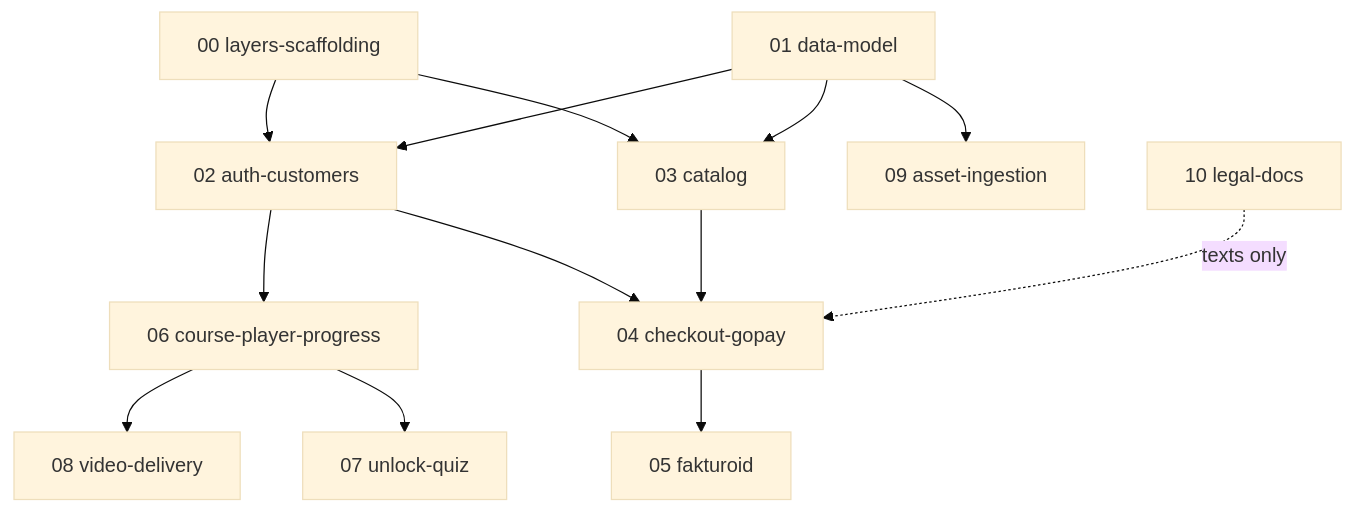
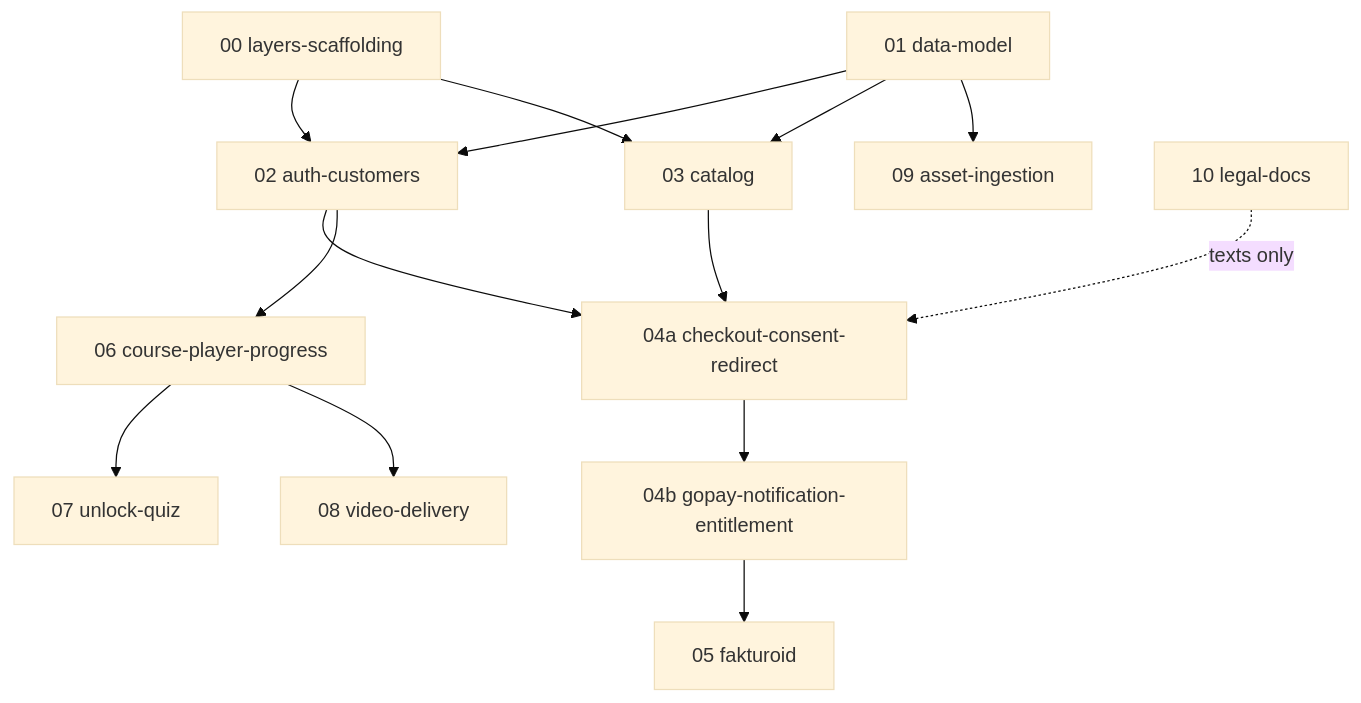
Before and after one commit to lttr/jedlik-nejedlik: the diagram in .aiwork/2026-06-09_kurzy-platforma/implementation-areas.md, drawn with Mermaid (base theme). The commit also changed other lines of this file, not shown here.

Commit message:
docs(kurzy): slim area 01, split checkout into 04a/04b, assign FP-11

````diff
--- a/.aiwork/2026-06-09_kurzy-platforma/implementation-areas.md
+++ b/.aiwork/2026-06-09_kurzy-platforma/implementation-areas.md
@@ -9,22 +9,24 @@
 ```mermaid
 graph TD
     A0[00 layers-scaffolding]
     A1[01 data-model]
     A2[02 auth-customers]
     A3[03 catalog]
-    A4[04 checkout-gopay]
+    A4a[04a checkout-consent-redirect]
+    A4b[04b gopay-notification-entitlement]
     A5[05 fakturoid]
     A6[06 course-player-progress]
     A7[07 unlock-quiz]
     A8[08 video-delivery]
     A9[09 asset-ingestion]
     A10[10 legal-docs]
 
     A0 --> A2 & A3
     A1 --> A2 & A3 & A9
-    A2 --> A4 & A6
-    A3 --> A4
-    A4 --> A5
+    A2 --> A4a & A6
+    A3 --> A4a
+    A4a --> A4b
+    A4b --> A5
     A6 --> A7 & A8
-    A10 -.->|texts only| A4
+    A10 -.->|texts only| A4a
 ```
````
